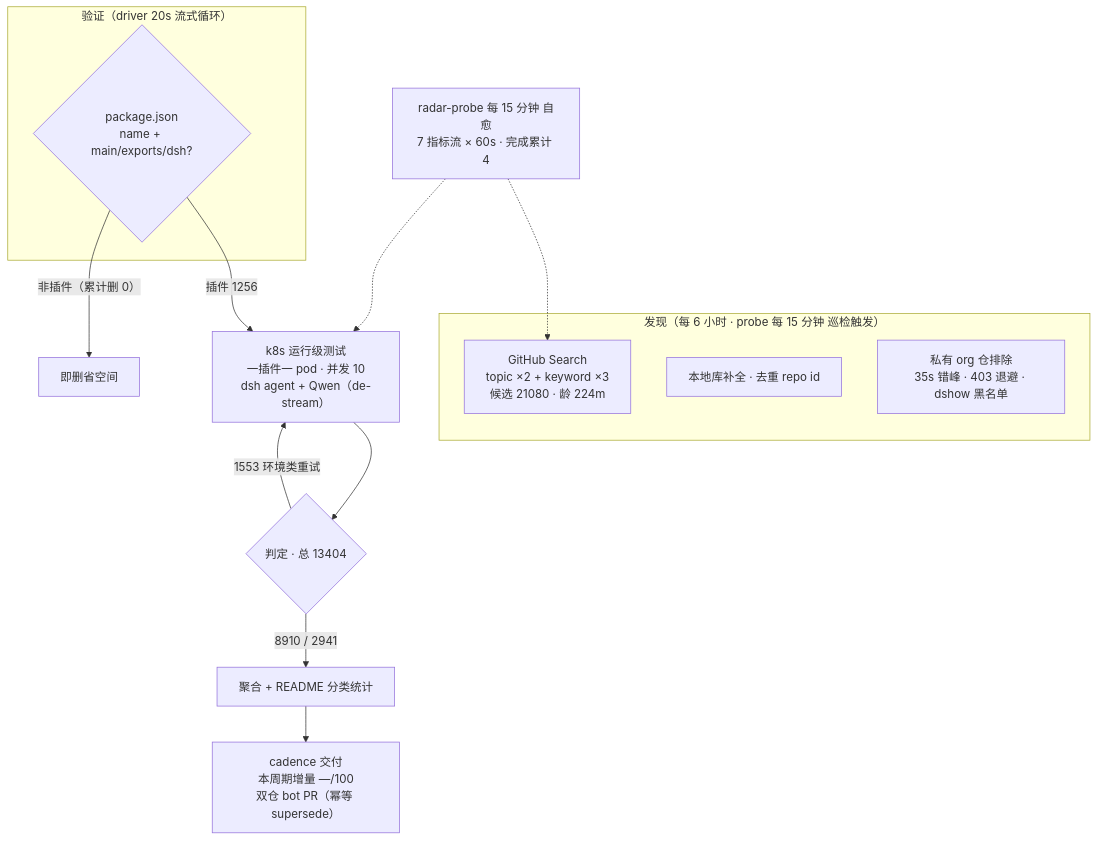
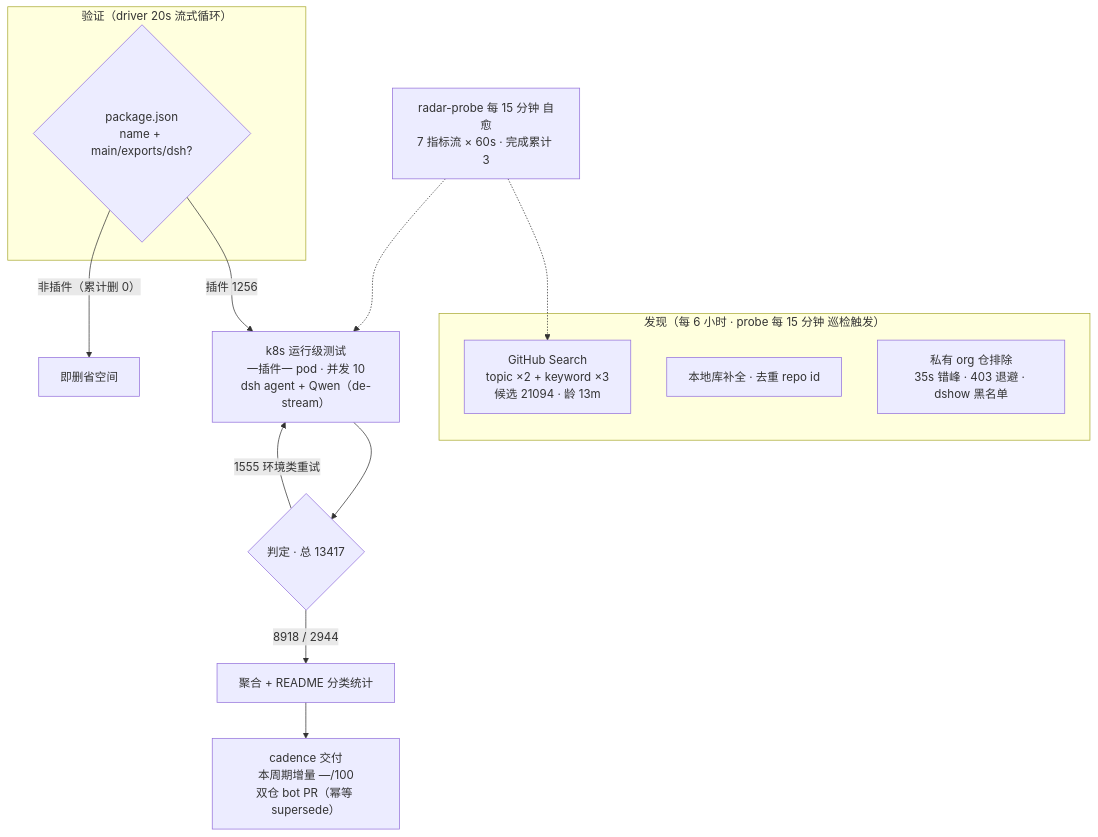
One commit to 1420079678-ctrl/dsh-plugin-radar changed the diagram in README.md. Above: the diagram before and after it, drawn with Mermaid. The commit also changed other lines of this file and 17 other files, not shown here.

````diff
--- a/README.md
+++ b/README.md
@@ -52,20 +52,20 @@
 ```mermaid
 flowchart TB
     subgraph Discovery["发现（每 6 小时 · probe 每 15 分钟 巡检触发）"]
-        A1["GitHub Search<br/>topic ×2 + keyword ×3<br/>候选 21080 · 龄 224m"]
+        A1["GitHub Search<br/>topic ×2 + keyword ×3<br/>候选 21094 · 龄 13m"]
         A2["本地库补全 · 去重 repo id"]
         A3["私有 org 仓排除<br/>35s 错峰 · 403 退避 · dshow 黑名单"]
     end
     subgraph Validation["验证（driver 20s 流式循环）"]
         B1{"package.json<br/>name + main/exports/dsh?"}
     end
     B1 -->|"插件 1256"| C1["k8s 运行级测试<br/>一插件一 pod · 并发 10<br/>dsh agent + Qwen（de-stream）"]
     B1 -->|"非插件（累计删 0）"| B3["即删省空间"]
-    C1 --> D1{"判定 · 总 13404"}
-    D1 -->|"8910 / 2941"| E1["聚合 + README 分类统计"]
-    D1 -->|"1553 环境类重试"| C1
+    C1 --> D1{"判定 · 总 13417"}
+    D1 -->|"8918 / 2944"| E1["聚合 + README 分类统计"]
+    D1 -->|"1555 环境类重试"| C1
     E1 --> E2["cadence 交付<br/>本周期增量 —/100<br/>双仓 bot PR（幂等 supersede）"]
-    M["radar-probe 每 15 分钟 自愈<br/>7 指标流 × 60s · 完成累计 4"]
+    M["radar-probe 每 15 分钟 自愈<br/>7 指标流 × 60s · 完成累计 3"]
     M -.-> A1
     M -.-> C1
 ```
````
